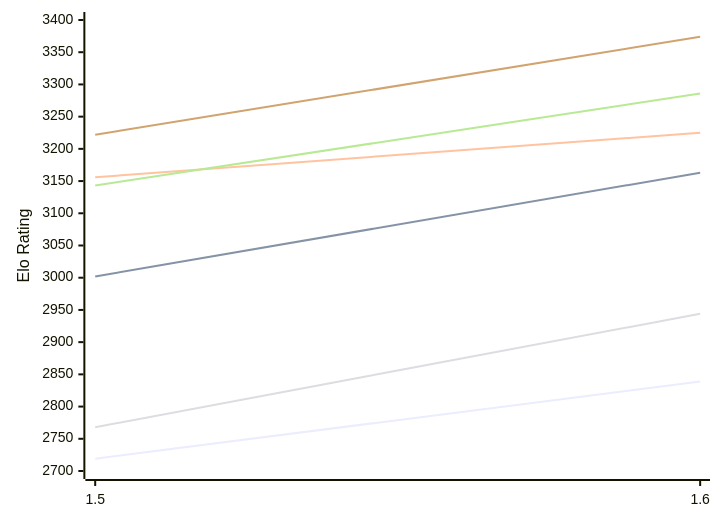
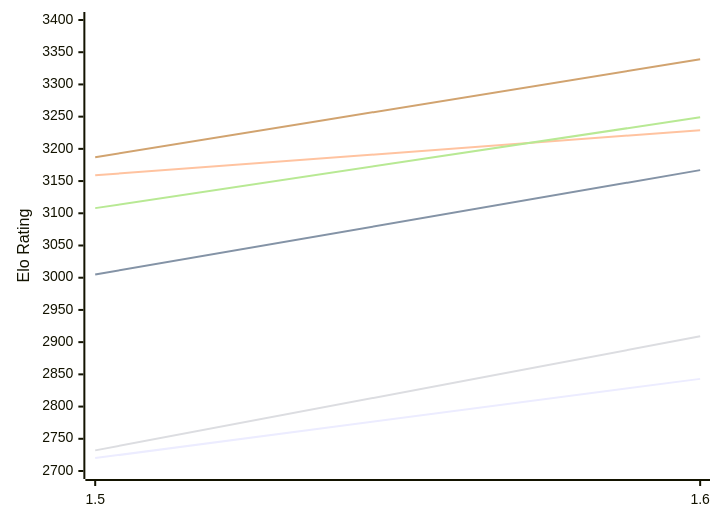
Before and after one commit to computer-chess-index/cci: the first of 2 diagrams in engines/Yakka.md, drawn with Mermaid. The commit also changed other lines of this file, not shown here.

Commit message:
Update CCI Ratings (ELO VLTC) - 2026-10-23

````diff
--- a/engines/Yakka.md
+++ b/engines/Yakka.md
@@ -51,12 +51,12 @@
 ```mermaid
 %%{init: {"theme":"base","themeVariables":{"seriesColors:['#a3a3a3','#222221','#faa371']}}}%%
 xychart-beta
   x-axis ["1.5", "1.6"]
   y-axis "Elo Rating" 2700 --> 3400
-  line "E1: STC (8.0+0.08s)" [2719, 2839]
-  line "E1: LTC (60.0+0.60s)" [3002, 3163]
-  line "E1: VLTC (2m24s+1.12s)" [3156, 3225]
-  line "P1: STC (8.0+0.08s)" [2768, 2944]
-  line "P1: LTC (60.0+0.60s)" [3143, 3286]
-  line "P1: VLTC (2m24s+1.12s)" [3222, 3374]
+  line "E1: STC (8.0+0.08s)" [2720, 2843]
+  line "E1: LTC (60.0+0.60s)" [3005, 3167]
+  line "E1: VLTC (2m24s+1.12s)" [3159, 3229]
+  line "P1: STC (8.0+0.08s)" [2732, 2909]
+  line "P1: LTC (60.0+0.60s)" [3108, 3249]
+  line "P1: VLTC (2m24s+1.12s)" [3187, 3339]
 ```
````
